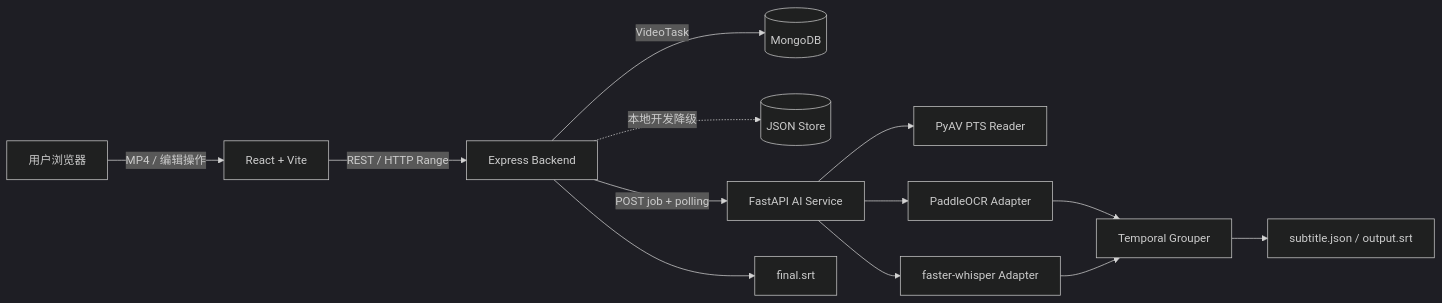
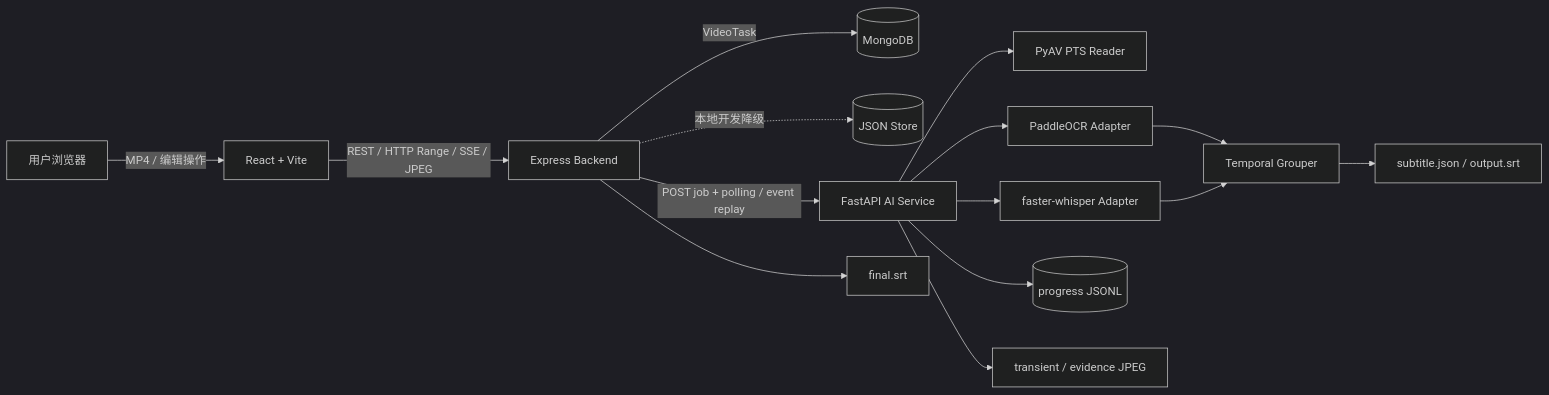
The first of 2 diagrams in docs/ARCHITECTURE.md (OceanHope315/AI-Subtitle-Studio), drawn with Mermaid (dark theme) before and after one commit. The commit also changed other lines of this file and 46 other files, not shown here.

````diff
--- a/docs/ARCHITECTURE.md
+++ b/docs/ARCHITECTURE.md
@@ -11,15 +11,17 @@
 ```mermaid
 flowchart LR
     U["用户浏览器"] -->|"MP4 / 编辑操作"| F["React + Vite"]
-    F -->|"REST / HTTP Range"| B["Express Backend"]
+    F -->|"REST / HTTP Range / SSE / JPEG"| B["Express Backend"]
     B -->|"VideoTask"| M[("MongoDB")]
     B -.->|"本地开发降级"| J[("JSON Store")]
-    B -->|"POST job + polling"| A["FastAPI AI Service"]
+    B -->|"POST job + polling / event replay"| A["FastAPI AI Service"]
     A --> V["PyAV PTS Reader"]
     A --> O["PaddleOCR Adapter"]
     A --> W["faster-whisper Adapter"]
     O --> G["Temporal Grouper"]
     W --> G
     G --> S["subtitle.json / output.srt"]
+    A --> P[("progress JSONL")]
+    A --> I["transient / evidence JPEG"]
     B --> E["final.srt"]
 ```
````
